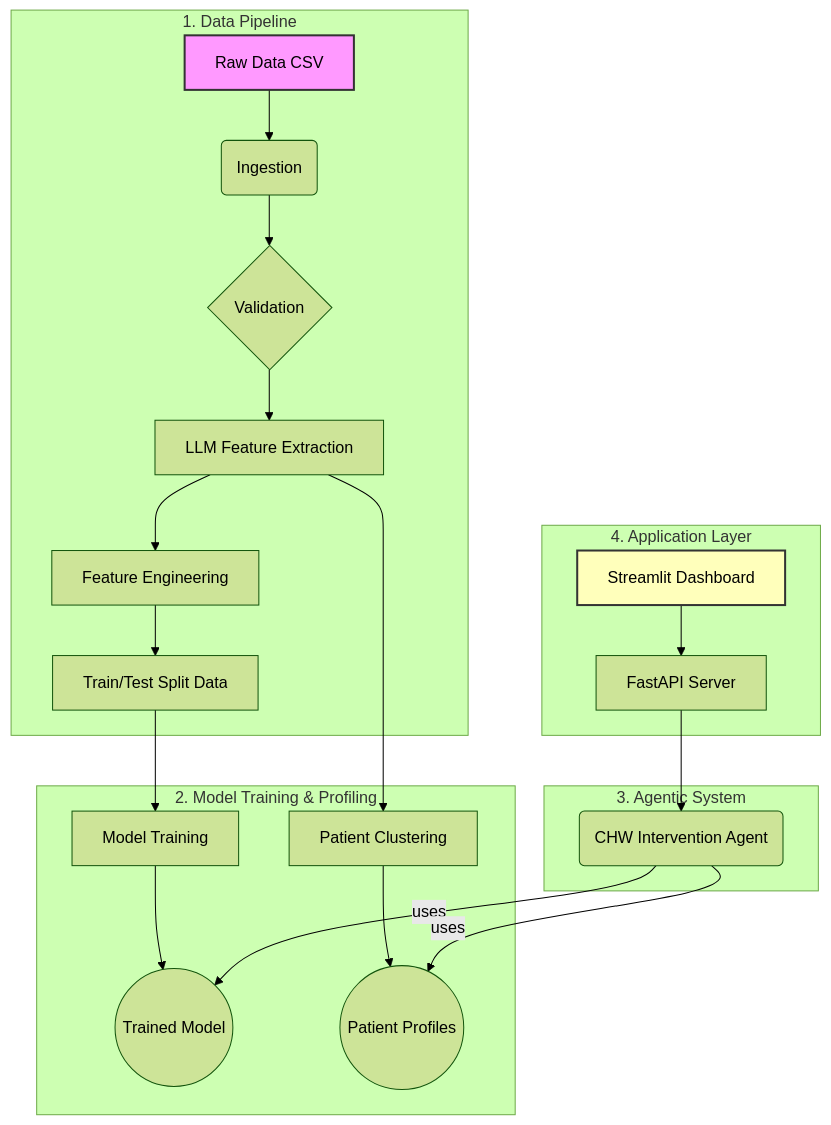
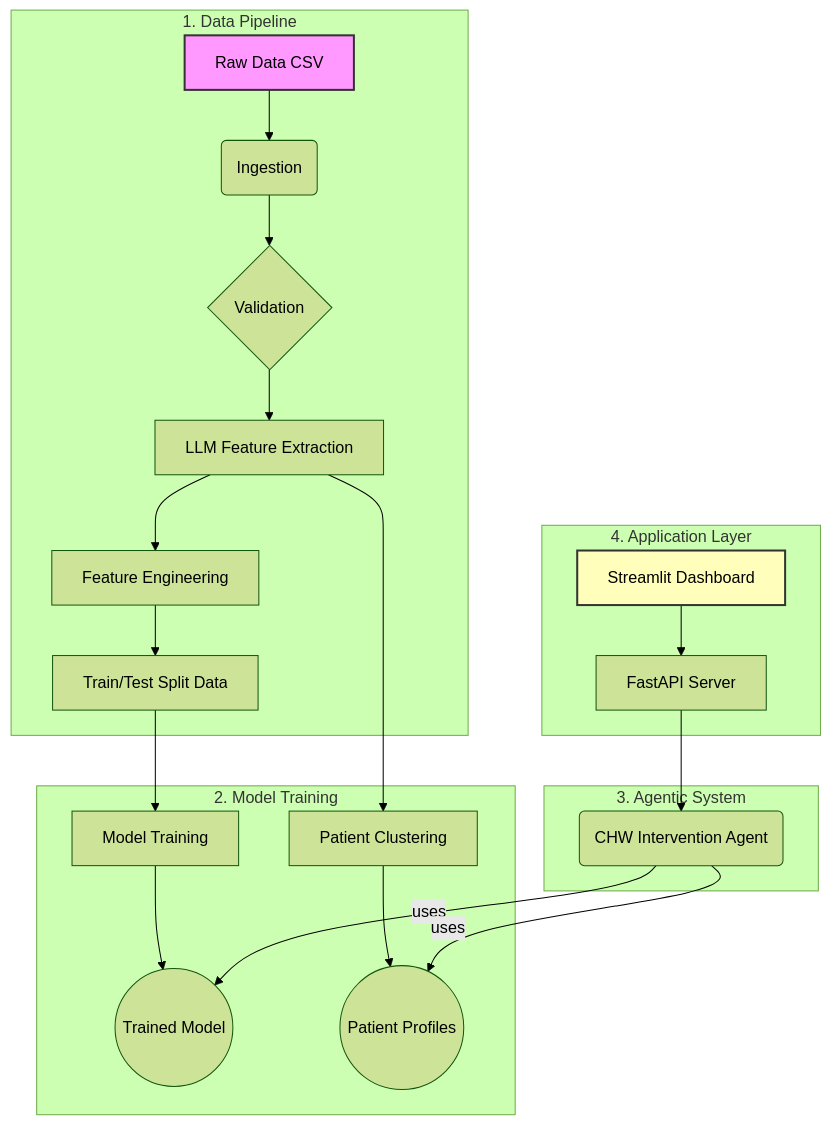
The diagram in README.md (shilpamusale/vertex-care), drawn with Mermaid (forest theme) before and after one commit.

Commit message:
Docs: update README with architecture and instructions

````diff
--- a/README.md
+++ b/README.md
@@ -13,30 +13,30 @@
 ```mermaid
 graph TD
     subgraph "1. Data Pipeline"
         A[Raw Data CSV] --> B(Ingestion);
         B --> C{Validation};
         C --> D[LLM Feature Extraction];
         D --> E[Feature Engineering];
         E --> F[Train/Test Split Data];
     end
 
-    subgraph "2. Model Training & Profiling"
+    subgraph "2. Model Training"
         F --> G[Model Training];
         G --> H((Trained Model));
         D --> I[Patient Clustering];
         I --> J((Patient Profiles));
     end
 
     subgraph "3. Agentic System"
         K(CHW Intervention Agent) -- uses --> H;
         K -- uses --> J;
     end
 
     subgraph "4. Application Layer"
         L[FastAPI Server] --> K;
         M[Streamlit Dashboard] --> L;
     end
 
     style A fill:#f9f,stroke:#333,stroke-width:2px
     style M fill:#ffb,stroke:#333,stroke-width:2px
 ```
````
